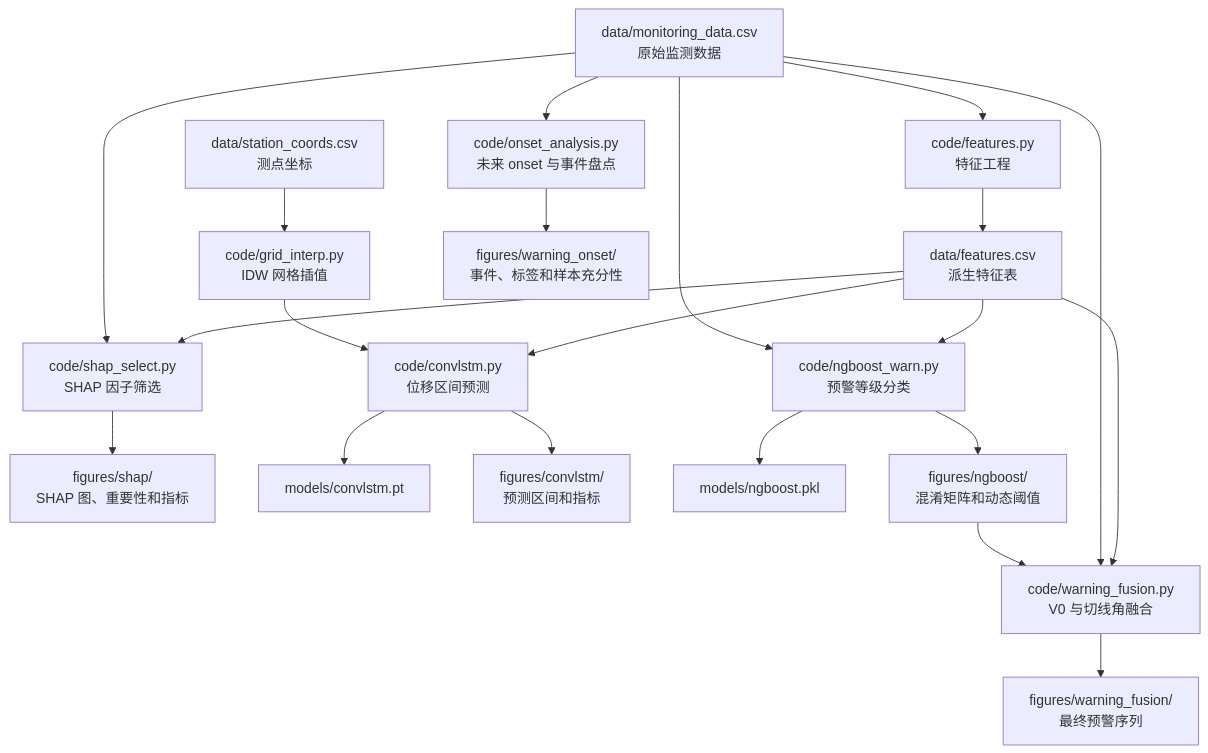
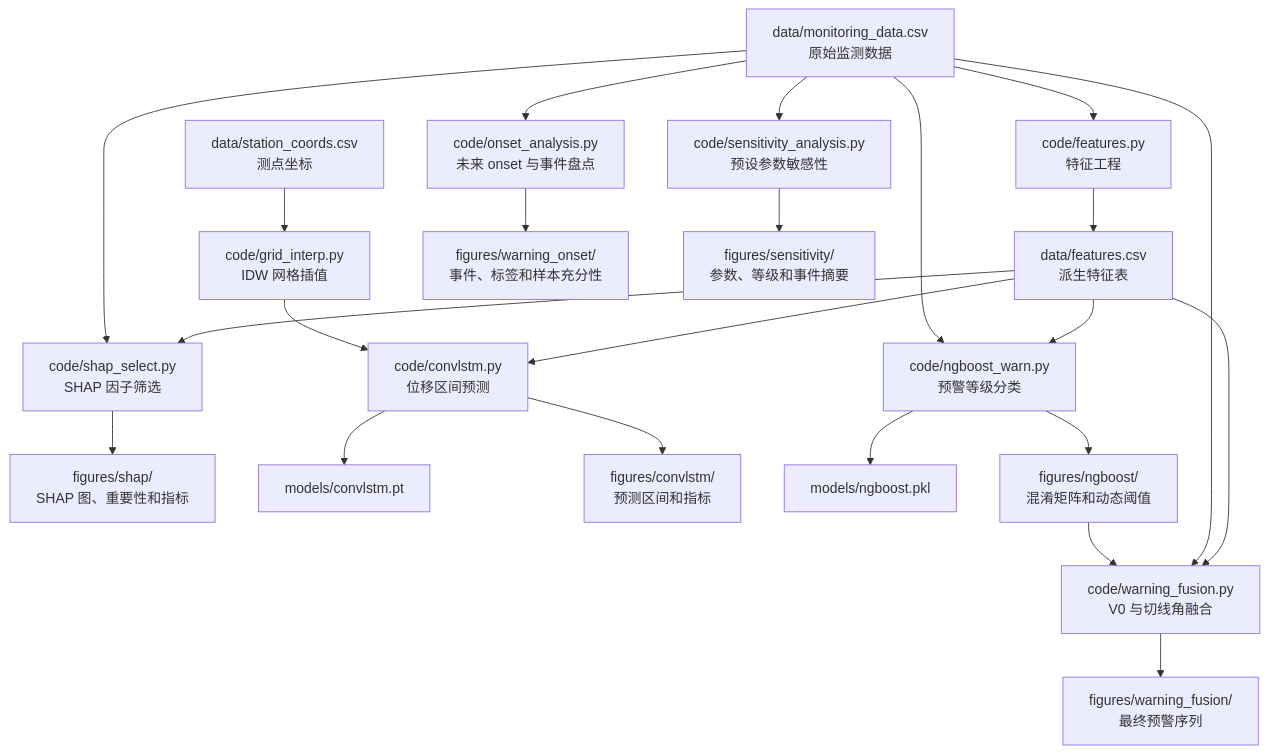
Before and after one commit to wcqqq1214/Landslide-Warning: the diagram in README.md, drawn with Mermaid. The commit also changed other lines of this file and 13 other files, not shown here.

First line of the commit message:
feat: add v0 and tangent-angle sensitivity analysis

````diff
--- a/README.md
+++ b/README.md
@@ -128,23 +135,25 @@
 ```mermaid
 flowchart TD
     A["data/monitoring_data.csv<br/>原始监测数据"] --> B["code/features.py<br/>特征工程"]
     B --> C["data/features.csv<br/>派生特征表"]
     C --> D["code/shap_select.py<br/>SHAP 因子筛选"]
     A --> D
     D --> E["figures/shap/<br/>SHAP 图、重要性和指标"]
     C --> F["code/convlstm.py<br/>位移区间预测"]
     G["data/station_coords.csv<br/>测点坐标"] --> H["code/grid_interp.py<br/>IDW 网格插值"]
     H --> F
     F --> I["models/convlstm.pt"]
     F --> J["figures/convlstm/<br/>预测区间和指标"]
     C --> K["code/ngboost_warn.py<br/>预警等级分类"]
     A --> K
     K --> L["models/ngboost.pkl"]
     K --> M["figures/ngboost/<br/>混淆矩阵和动态阈值"]
     C --> N["code/warning_fusion.py<br/>V0 与切线角融合"]
     A --> N
     M --> N
     N --> O["figures/warning_fusion/<br/>最终预警序列"]
     A --> P["code/onset_analysis.py<br/>未来 onset 与事件盘点"]
     P --> Q["figures/warning_onset/<br/>事件、标签和样本充分性"]
+    A --> R["code/sensitivity_analysis.py<br/>预设参数敏感性"]
+    R --> S["figures/sensitivity/<br/>参数、等级和事件摘要"]
 ```
````
